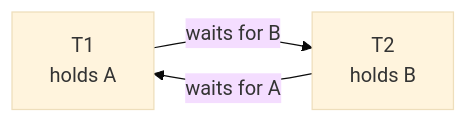
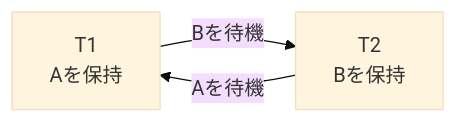
Before and after one commit to hirunebot/database-systems-book: the fourth of 6 diagrams in src/content/docs/04-transactions/11-concurrency-control.md, drawn with Mermaid (base theme). The commit also changed other lines of this file and 42 other files, not shown here.

````diff
--- a/src/content/docs/04-transactions/11-concurrency-control.md
+++ b/src/content/docs/04-transactions/11-concurrency-control.md
@@ -135,5 +135,5 @@
 ```mermaid
 flowchart LR
-    T1["T1<br/>holds A"] -->|"waits for B"| T2["T2<br/>holds B"]
-    T2 -->|"waits for A"| T1
+    T1["T1<br/>Aを保持"] -->|"Bを待機"| T2["T2<br/>Bを保持"]
+    T2 -->|"Aを待機"| T1
 ```
````
